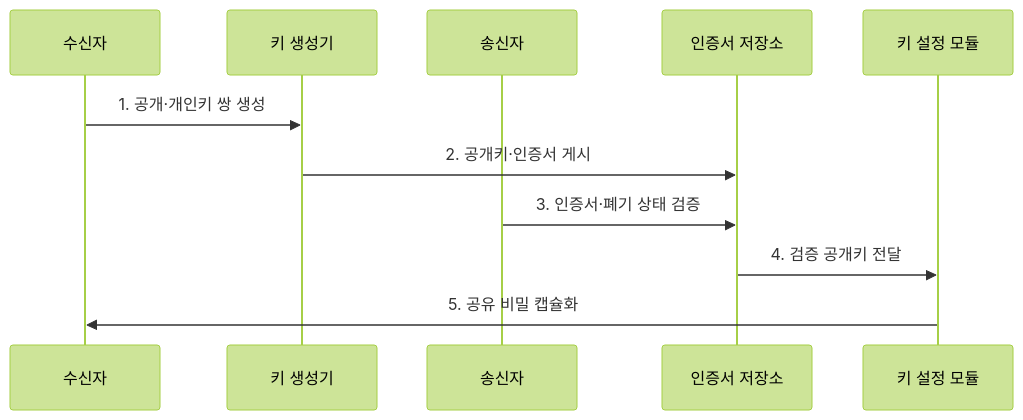
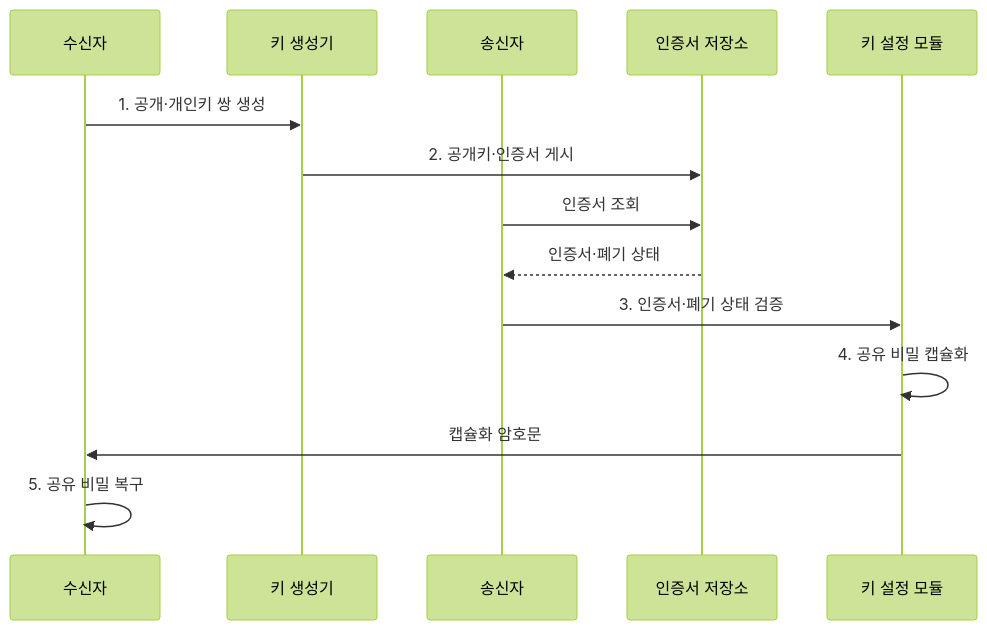
Before and after one commit to agnusdei1207/knowledge-base: the second of 2 diagrams in src/content/docs/notes/05-security/002_asymmetric_encryption.md, drawn with Mermaid (forest theme). The commit also changed other lines of this file and 20 other files, not shown here.

````diff
--- a/src/content/docs/notes/05-security/002_asymmetric_encryption.md
+++ b/src/content/docs/notes/05-security/002_asymmetric_encryption.md
@@ -90,13 +90,16 @@
 ```mermaid
 sequenceDiagram
     participant R as 수신자
     participant G as 키 생성기
     participant S as 송신자
     participant C as 인증서 저장소
     participant K as 키 설정 모듈
     R->>G: 1. 공개·개인키 쌍 생성
     G->>C: 2. 공개키·인증서 게시
-    S->>C: 3. 인증서·폐기 상태 검증
-    C->>K: 4. 검증 공개키 전달
-    K->>R: 5. 공유 비밀 캡슐화
+    S->>C: 인증서 조회
+    C-->>S: 인증서·폐기 상태
+    S->>K: 3. 인증서·폐기 상태 검증
+    K->>K: 4. 공유 비밀 캡슐화
+    K->>R: 캡슐화 암호문
+    R->>R: 5. 공유 비밀 복구
 ```
````
